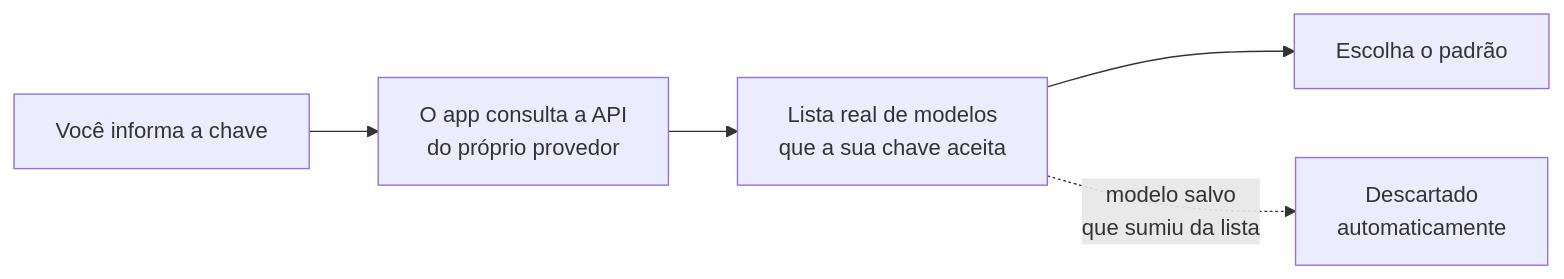
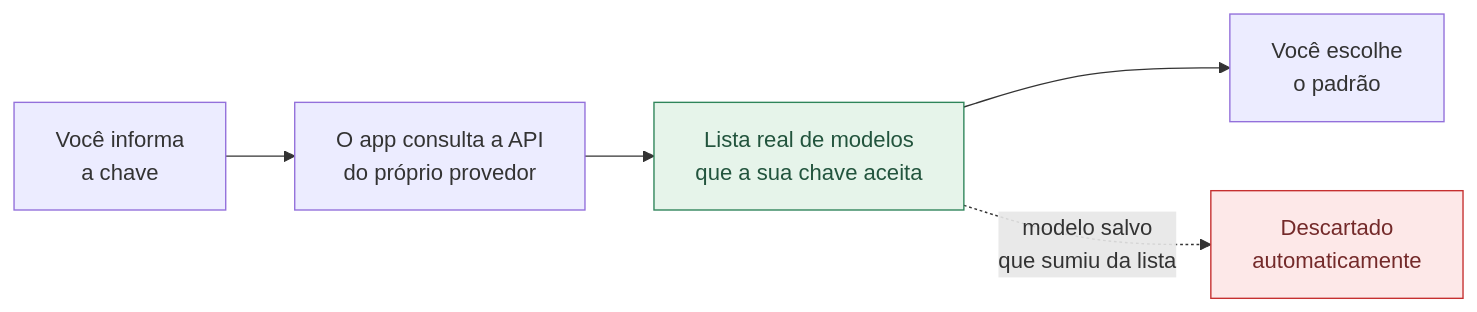
One commit to henji-ware/erp changed the third of 9 diagrams in README.md. Above: the diagram before and after it, drawn with Mermaid. The commit also changed other lines of this file, not shown here.

````diff
--- a/README.md
+++ b/README.md
@@ -128,7 +189,10 @@
 ```mermaid
 flowchart LR
-    A["Você informa a chave"] --> B["O app consulta a API<br/>do próprio provedor"]
+    A["Você informa<br/>a chave"] --> B["O app consulta a API<br/>do próprio provedor"]
     B --> C["Lista real de modelos<br/>que a sua chave aceita"]
-    C --> D["Escolha o padrão"]
+    C --> D["Você escolhe<br/>o padrão"]
     C -.->|"modelo salvo<br/>que sumiu da lista"| E["Descartado<br/>automaticamente"]
+
+    style C fill:#e6f4ea,stroke:#2f855a,color:#22543d
+    style E fill:#fde8e8,stroke:#c53030,color:#742a2a
 ```
````
